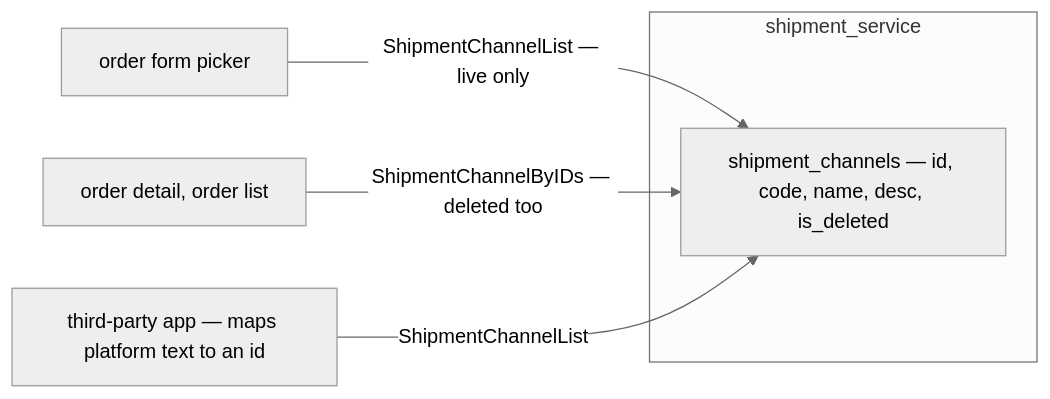
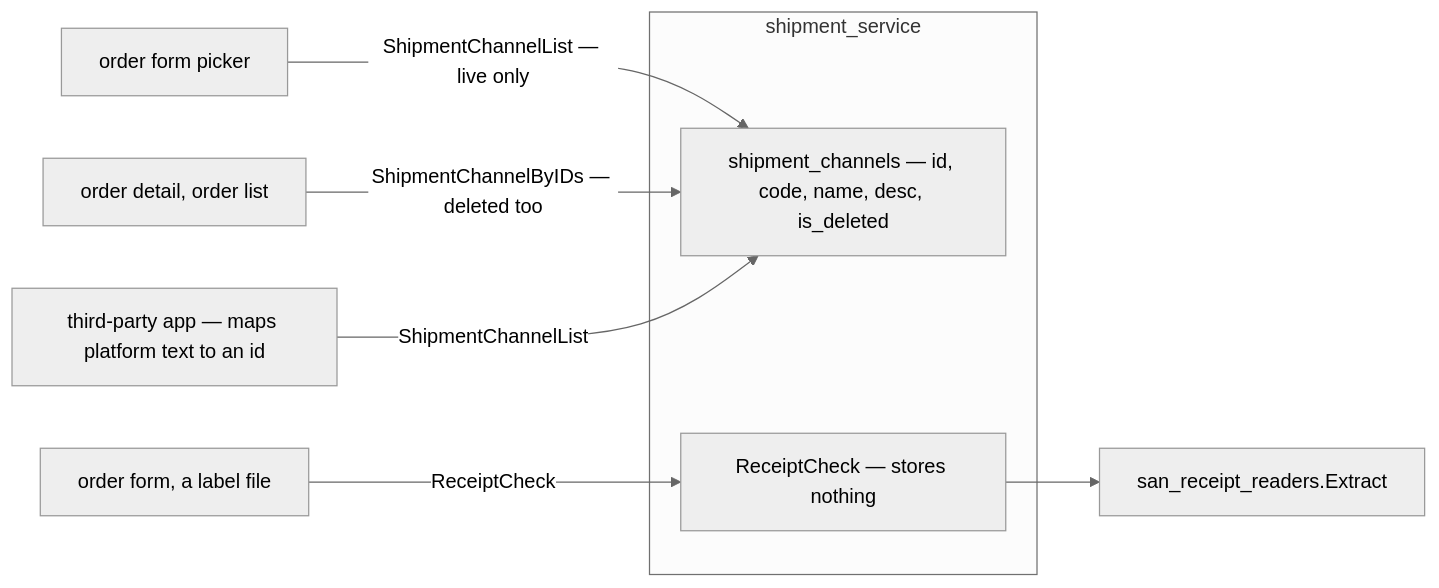
The first of 3 diagrams in docs/business/shipment/context_clarify.md (pdcgo/warehouse_revamp), drawn with Mermaid (neutral theme) before and after one commit. The commit also changed other lines of this file and 18 other files, not shown here.

First line of the commit message:
shipment: ReceiptCheck decided and prototyped, waiting at design_accept

````diff
--- a/docs/business/shipment/context_clarify.md
+++ b/docs/business/shipment/context_clarify.md
@@ -19,9 +29,12 @@
 ```mermaid
 flowchart LR
   subgraph "shipment_service"
     CH["shipment_channels — id, code, name, desc, is_deleted"]
+    RC["ReceiptCheck — stores nothing"]
   end
   PICK["order form picker"] -->|"ShipmentChannelList — live only"| CH
   SCREEN["order detail, order list"] -->|"ShipmentChannelByIDs — deleted too"| CH
   APP["third-party app — maps platform text to an id"] -->|"ShipmentChannelList"| CH
+  FORM["order form, a label file"] -->|"ReceiptCheck"| RC
+  RC --> PKG["san_receipt_readers.Extract"]
 ```
````
